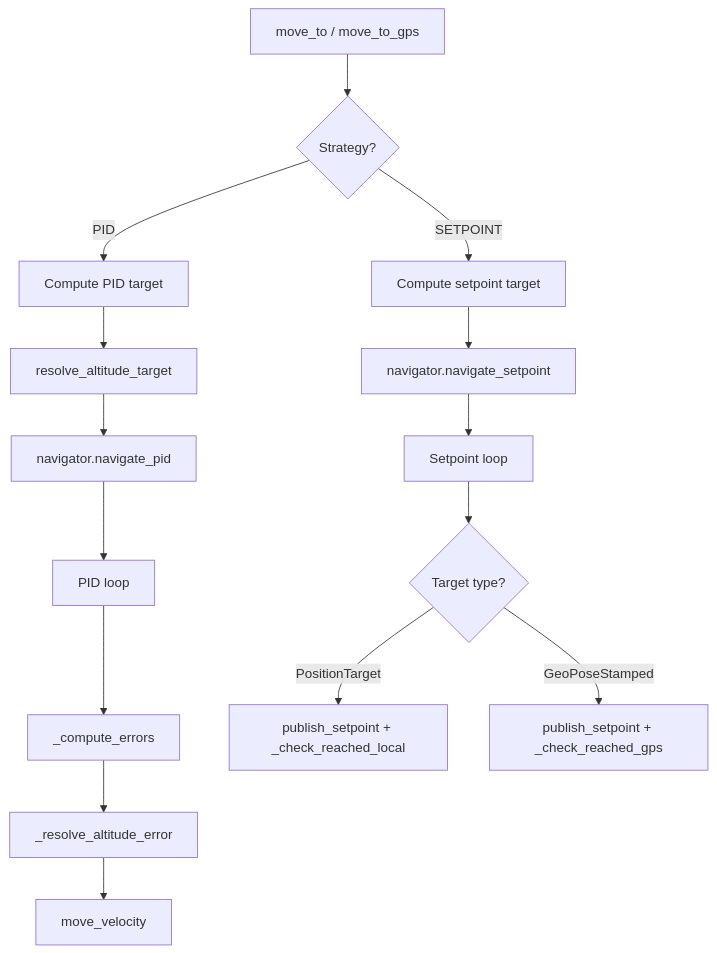
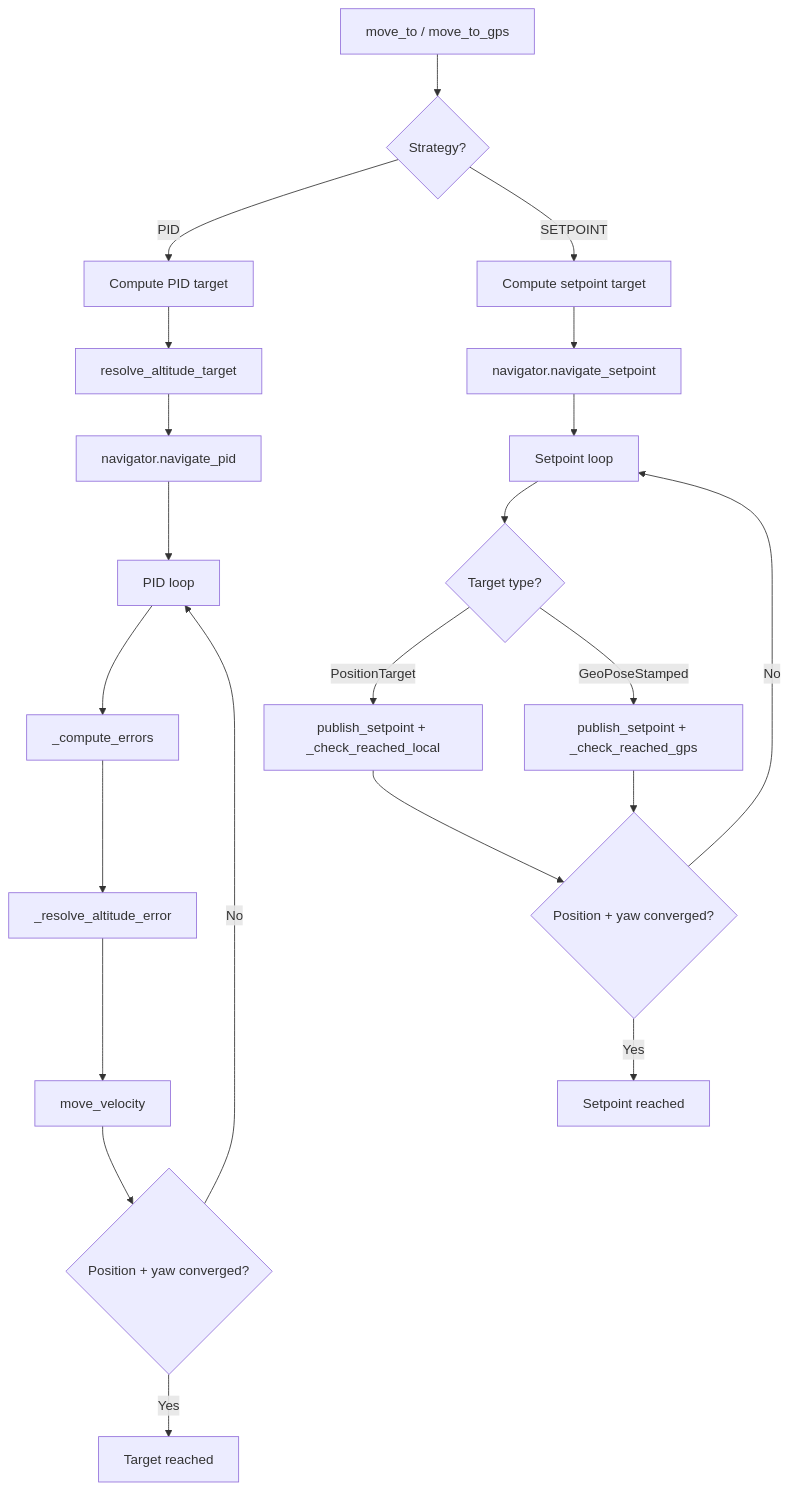
The second of 2 diagrams in nectar/nectar/control/mavros/README.md (Black-Bee-Drones/nectar-sdk), drawn with Mermaid before and after one commit. The commit also changed other lines of this file and 1 other file, not shown here.

Commit message:
docs: update control readmes

````diff
--- a/nectar/nectar/control/mavros/README.md
+++ b/nectar/nectar/control/mavros/README.md
@@ -356,17 +357,24 @@
 ```mermaid
 flowchart TD
     A["move_to / move_to_gps"] --> B{"Strategy?"}
     B -->|PID| C["Compute PID target"]
     B -->|SETPOINT| D["Compute setpoint target"]
     C --> E["resolve_altitude_target"]
     E --> F["navigator.navigate_pid"]
     D --> G["navigator.navigate_setpoint"]
     F --> H["PID loop"]
     G --> I["Setpoint loop"]
     H --> J["_compute_errors"]
     J --> K["_resolve_altitude_error"]
     K --> L["move_velocity"]
+    L --> yawPID{"Position + yaw converged?"}
+    yawPID -->|No| H
+    yawPID -->|Yes| donePID["Target reached"]
     I --> M{"Target type?"}
     M -->|PositionTarget| N["publish_setpoint + _check_reached_local"]
     M -->|GeoPoseStamped| O["publish_setpoint + _check_reached_gps"]
+    N --> yawSP{"Position + yaw converged?"}
+    O --> yawSP
+    yawSP -->|No| I
+    yawSP -->|Yes| doneSP["Setpoint reached"]
 ```
````
